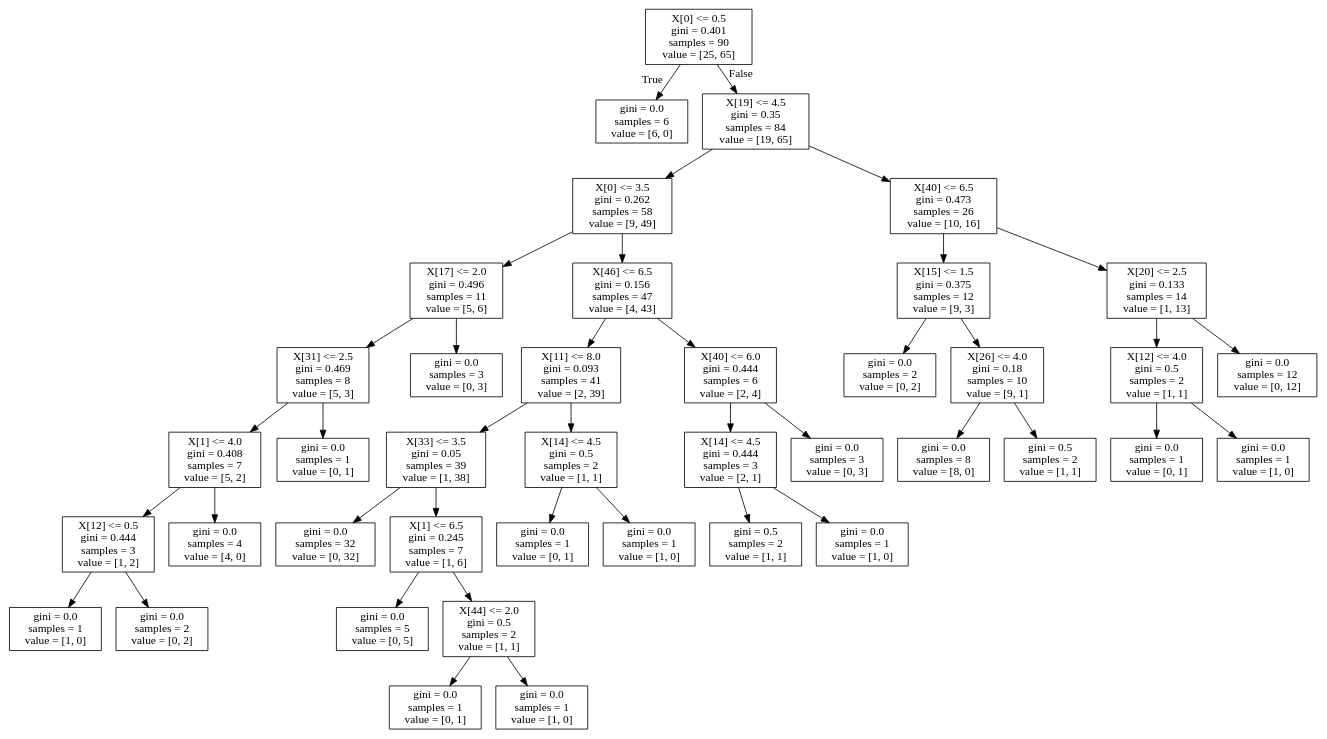
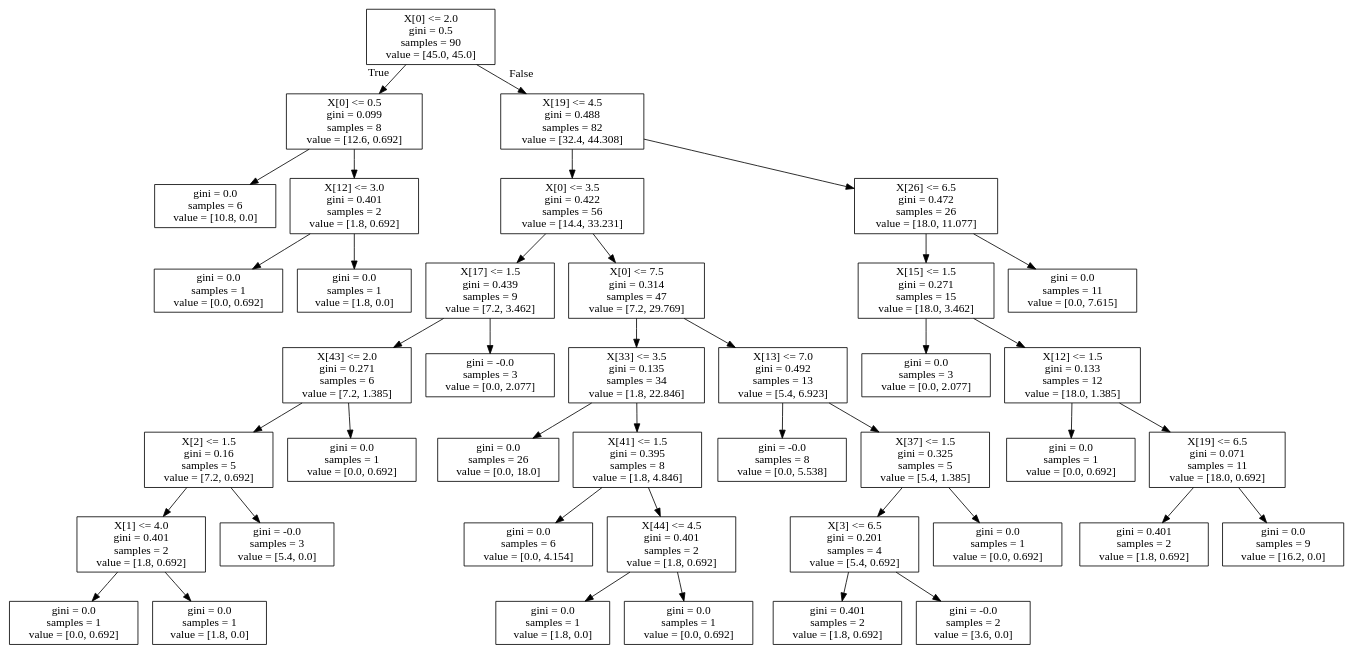
The diagram in tree.dot (suleSyl/Tahminleme), drawn with Graphviz before and after one commit. The commit also changed 1 other file, not shown here.

```diff
--- a/tree.dot
+++ b/tree.dot
@@ -1,84 +1,84 @@
 digraph Tree {
 node [shape=box] ;
-0 [label="X[0] <= 0.5\ngini = 0.401\nsamples = 90\nvalue = [25, 65]"] ;
-1 [label="gini = 0.0\nsamples = 6\nvalue = [6, 0]"] ;
+0 [label="X[0] <= 2.0\ngini = 0.5\nsamples = 90\nvalue = [45.0, 45.0]"] ;
+1 [label="X[0] <= 0.5\ngini = 0.099\nsamples = 8\nvalue = [12.6, 0.692]"] ;
 0 -> 1 [labeldistance=2.5, labelangle=45, headlabel="True"] ;
-2 [label="X[19] <= 4.5\ngini = 0.35\nsamples = 84\nvalue = [19, 65]"] ;
-0 -> 2 [labeldistance=2.5, labelangle=-45, headlabel="False"] ;
-3 [label="X[0] <= 3.5\ngini = 0.262\nsamples = 58\nvalue = [9, 49]"] ;
-2 -> 3 ;
-4 [label="X[17] <= 2.0\ngini = 0.496\nsamples = 11\nvalue = [5, 6]"] ;
+2 [label="gini = 0.0\nsamples = 6\nvalue = [10.8, 0.0]"] ;
+1 -> 2 ;
+3 [label="X[12] <= 3.0\ngini = 0.401\nsamples = 2\nvalue = [1.8, 0.692]"] ;
+1 -> 3 ;
+4 [label="gini = 0.0\nsamples = 1\nvalue = [0.0, 0.692]"] ;
 3 -> 4 ;
-5 [label="X[31] <= 2.5\ngini = 0.469\nsamples = 8\nvalue = [5, 3]"] ;
-4 -> 5 ;
-6 [label="X[1] <= 4.0\ngini = 0.408\nsamples = 7\nvalue = [5, 2]"] ;
-5 -> 6 ;
-7 [label="X[12] <= 0.5\ngini = 0.444\nsamples = 3\nvalue = [1, 2]"] ;
+5 [label="gini = 0.0\nsamples = 1\nvalue = [1.8, 0.0]"] ;
+3 -> 5 ;
+6 [label="X[19] <= 4.5\ngini = 0.488\nsamples = 82\nvalue = [32.4, 44.308]"] ;
+0 -> 6 [labeldistance=2.5, labelangle=-45, headlabel="False"] ;
+7 [label="X[0] <= 3.5\ngini = 0.422\nsamples = 56\nvalue = [14.4, 33.231]"] ;
 6 -> 7 ;
-8 [label="gini = 0.0\nsamples = 1\nvalue = [1, 0]"] ;
+8 [label="X[17] <= 1.5\ngini = 0.439\nsamples = 9\nvalue = [7.2, 3.462]"] ;
 7 -> 8 ;
-9 [label="gini = 0.0\nsamples = 2\nvalue = [0, 2]"] ;
-7 -> 9 ;
-10 [label="gini = 0.0\nsamples = 4\nvalue = [4, 0]"] ;
-6 -> 10 ;
-11 [label="gini = 0.0\nsamples = 1\nvalue = [0, 1]"] ;
-5 -> 11 ;
-12 [label="gini = 0.0\nsamples = 3\nvalue = [0, 3]"] ;
-4 -> 12 ;
-13 [label="X[46] <= 6.5\ngini = 0.156\nsamples = 47\nvalue = [4, 43]"] ;
-3 -> 13 ;
-14 [label="X[11] <= 8.0\ngini = 0.093\nsamples = 41\nvalue = [2, 39]"] ;
-13 -> 14 ;
-15 [label="X[33] <= 3.5\ngini = 0.05\nsamples = 39\nvalue = [1, 38]"] ;
-14 -> 15 ;
-16 [label="gini = 0.0\nsamples = 32\nvalue = [0, 32]"] ;
-15 -> 16 ;
-17 [label="X[1] <= 6.5\ngini = 0.245\nsamples = 7\nvalue = [1, 6]"] ;
-15 -> 17 ;
-18 [label="gini = 0.0\nsamples = 5\nvalue = [0, 5]"] ;
+9 [label="X[43] <= 2.0\ngini = 0.271\nsamples = 6\nvalue = [7.2, 1.385]"] ;
+8 -> 9 ;
+10 [label="X[2] <= 1.5\ngini = 0.16\nsamples = 5\nvalue = [7.2, 0.692]"] ;
+9 -> 10 ;
+11 [label="X[1] <= 4.0\ngini = 0.401\nsamples = 2\nvalue = [1.8, 0.692]"] ;
+10 -> 11 ;
+12 [label="gini = 0.0\nsamples = 1\nvalue = [0.0, 0.692]"] ;
+11 -> 12 ;
+13 [label="gini = 0.0\nsamples = 1\nvalue = [1.8, 0.0]"] ;
+11 -> 13 ;
+14 [label="gini = -0.0\nsamples = 3\nvalue = [5.4, 0.0]"] ;
+10 -> 14 ;
+15 [label="gini = 0.0\nsamples = 1\nvalue = [0.0, 0.692]"] ;
+9 -> 15 ;
+16 [label="gini = -0.0\nsamples = 3\nvalue = [0.0, 2.077]"] ;
+8 -> 16 ;
+17 [label="X[0] <= 7.5\ngini = 0.314\nsamples = 47\nvalue = [7.2, 29.769]"] ;
+7 -> 17 ;
+18 [label="X[33] <= 3.5\ngini = 0.135\nsamples = 34\nvalue = [1.8, 22.846]"] ;
 17 -> 18 ;
-19 [label="X[44] <= 2.0\ngini = 0.5\nsamples = 2\nvalue = [1, 1]"] ;
-17 -> 19 ;
-20 [label="gini = 0.0\nsamples = 1\nvalue = [0, 1]"] ;
-19 -> 20 ;
-21 [label="gini = 0.0\nsamples = 1\nvalue = [1, 0]"] ;
-19 -> 21 ;
-22 [label="X[14] <= 4.5\ngini = 0.5\nsamples = 2\nvalue = [1, 1]"] ;
-14 -> 22 ;
-23 [label="gini = 0.0\nsamples = 1\nvalue = [0, 1]"] ;
+19 [label="gini = 0.0\nsamples = 26\nvalue = [0.0, 18.0]"] ;
+18 -> 19 ;
+20 [label="X[41] <= 1.5\ngini = 0.395\nsamples = 8\nvalue = [1.8, 4.846]"] ;
+18 -> 20 ;
+21 [label="gini = 0.0\nsamples = 6\nvalue = [0.0, 4.154]"] ;
+20 -> 21 ;
+22 [label="X[44] <= 4.5\ngini = 0.401\nsamples = 2\nvalue = [1.8, 0.692]"] ;
+20 -> 22 ;
+23 [label="gini = 0.0\nsamples = 1\nvalue = [1.8, 0.0]"] ;
 22 -> 23 ;
-24 [label="gini = 0.0\nsamples = 1\nvalue = [1, 0]"] ;
+24 [label="gini = 0.0\nsamples = 1\nvalue = [0.0, 0.692]"] ;
 22 -> 24 ;
-25 [label="X[40] <= 6.0\ngini = 0.444\nsamples = 6\nvalue = [2, 4]"] ;
-13 -> 25 ;
-26 [label="X[14] <= 4.5\ngini = 0.444\nsamples = 3\nvalue = [2, 1]"] ;
+25 [label="X[13] <= 7.0\ngini = 0.492\nsamples = 13\nvalue = [5.4, 6.923]"] ;
+17 -> 25 ;
+26 [label="gini = -0.0\nsamples = 8\nvalue = [0.0, 5.538]"] ;
 25 -> 26 ;
-27 [label="gini = 0.5\nsamples = 2\nvalue = [1, 1]"] ;
-26 -> 27 ;
-28 [label="gini = 0.0\nsamples = 1\nvalue = [1, 0]"] ;
-26 -> 28 ;
-29 [label="gini = 0.0\nsamples = 3\nvalue = [0, 3]"] ;
-25 -> 29 ;
-30 [label="X[40] <= 6.5\ngini = 0.473\nsamples = 26\nvalue = [10, 16]"] ;
-2 -> 30 ;
-31 [label="X[15] <= 1.5\ngini = 0.375\nsamples = 12\nvalue = [9, 3]"] ;
-30 -> 31 ;
-32 [label="gini = 0.0\nsamples = 2\nvalue = [0, 2]"] ;
-31 -> 32 ;
-33 [label="X[26] <= 4.0\ngini = 0.18\nsamples = 10\nvalue = [9, 1]"] ;
-31 -> 33 ;
-34 [label="gini = 0.0\nsamples = 8\nvalue = [8, 0]"] ;
+27 [label="X[37] <= 1.5\ngini = 0.325\nsamples = 5\nvalue = [5.4, 1.385]"] ;
+25 -> 27 ;
+28 [label="X[3] <= 6.5\ngini = 0.201\nsamples = 4\nvalue = [5.4, 0.692]"] ;
+27 -> 28 ;
+29 [label="gini = 0.401\nsamples = 2\nvalue = [1.8, 0.692]"] ;
+28 -> 29 ;
+30 [label="gini = -0.0\nsamples = 2\nvalue = [3.6, 0.0]"] ;
+28 -> 30 ;
+31 [label="gini = 0.0\nsamples = 1\nvalue = [0.0, 0.692]"] ;
+27 -> 31 ;
+32 [label="X[26] <= 6.5\ngini = 0.472\nsamples = 26\nvalue = [18.0, 11.077]"] ;
+6 -> 32 ;
+33 [label="X[15] <= 1.5\ngini = 0.271\nsamples = 15\nvalue = [18.0, 3.462]"] ;
+32 -> 33 ;
+34 [label="gini = 0.0\nsamples = 3\nvalue = [0.0, 2.077]"] ;
 33 -> 34 ;
-35 [label="gini = 0.5\nsamples = 2\nvalue = [1, 1]"] ;
+35 [label="X[12] <= 1.5\ngini = 0.133\nsamples = 12\nvalue = [18.0, 1.385]"] ;
 33 -> 35 ;
-36 [label="X[20] <= 2.5\ngini = 0.133\nsamples = 14\nvalue = [1, 13]"] ;
-30 -> 36 ;
-37 [label="X[12] <= 4.0\ngini = 0.5\nsamples = 2\nvalue = [1, 1]"] ;
-36 -> 37 ;
-38 [label="gini = 0.0\nsamples = 1\nvalue = [0, 1]"] ;
+36 [label="gini = 0.0\nsamples = 1\nvalue = [0.0, 0.692]"] ;
+35 -> 36 ;
+37 [label="X[19] <= 6.5\ngini = 0.071\nsamples = 11\nvalue = [18.0, 0.692]"] ;
+35 -> 37 ;
+38 [label="gini = 0.401\nsamples = 2\nvalue = [1.8, 0.692]"] ;
 37 -> 38 ;
-39 [label="gini = 0.0\nsamples = 1\nvalue = [1, 0]"] ;
+39 [label="gini = 0.0\nsamples = 9\nvalue = [16.2, 0.0]"] ;
 37 -> 39 ;
-40 [label="gini = 0.0\nsamples = 12\nvalue = [0, 12]"] ;
-36 -> 40 ;
+40 [label="gini = 0.0\nsamples = 11\nvalue = [0.0, 7.615]"] ;
+32 -> 40 ;
 }
```
